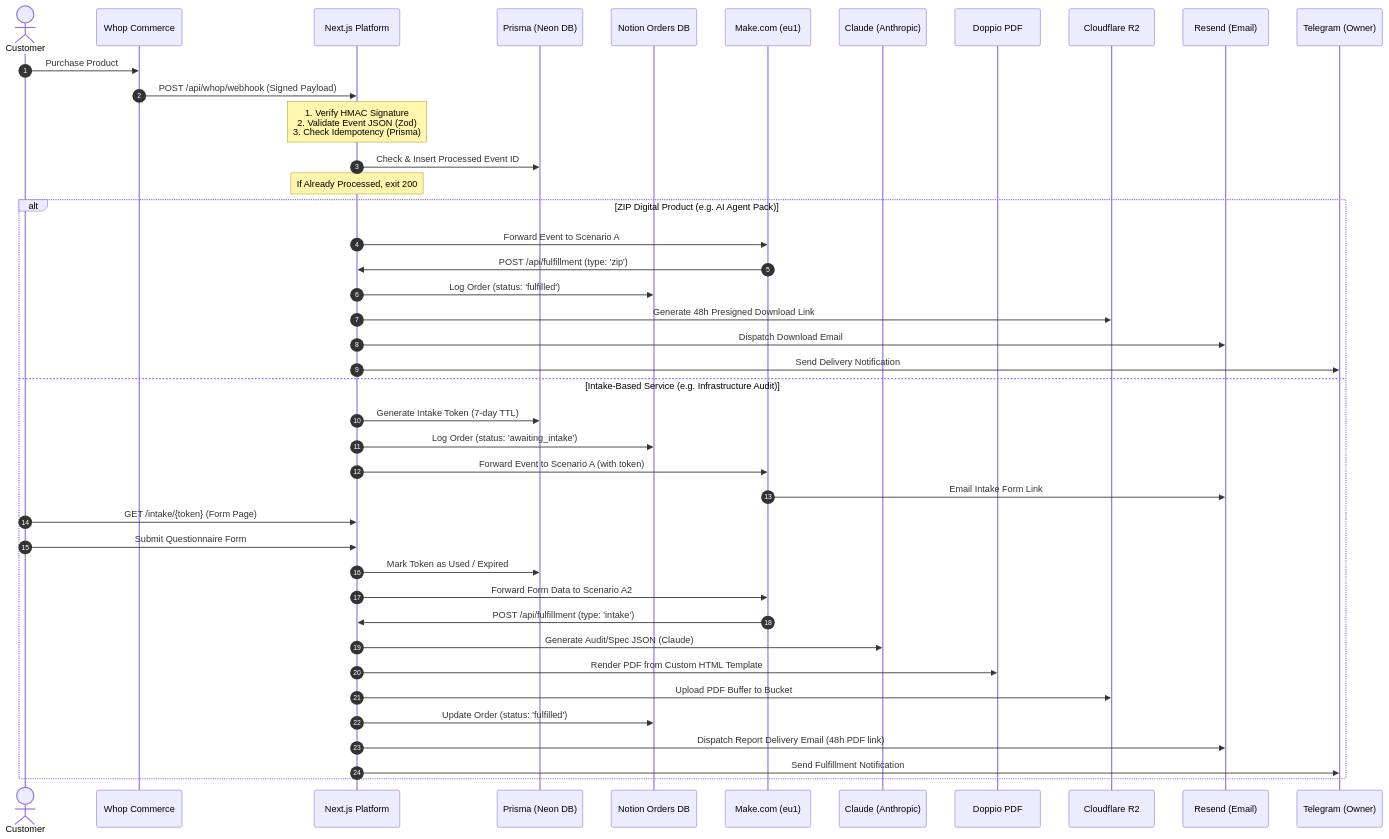
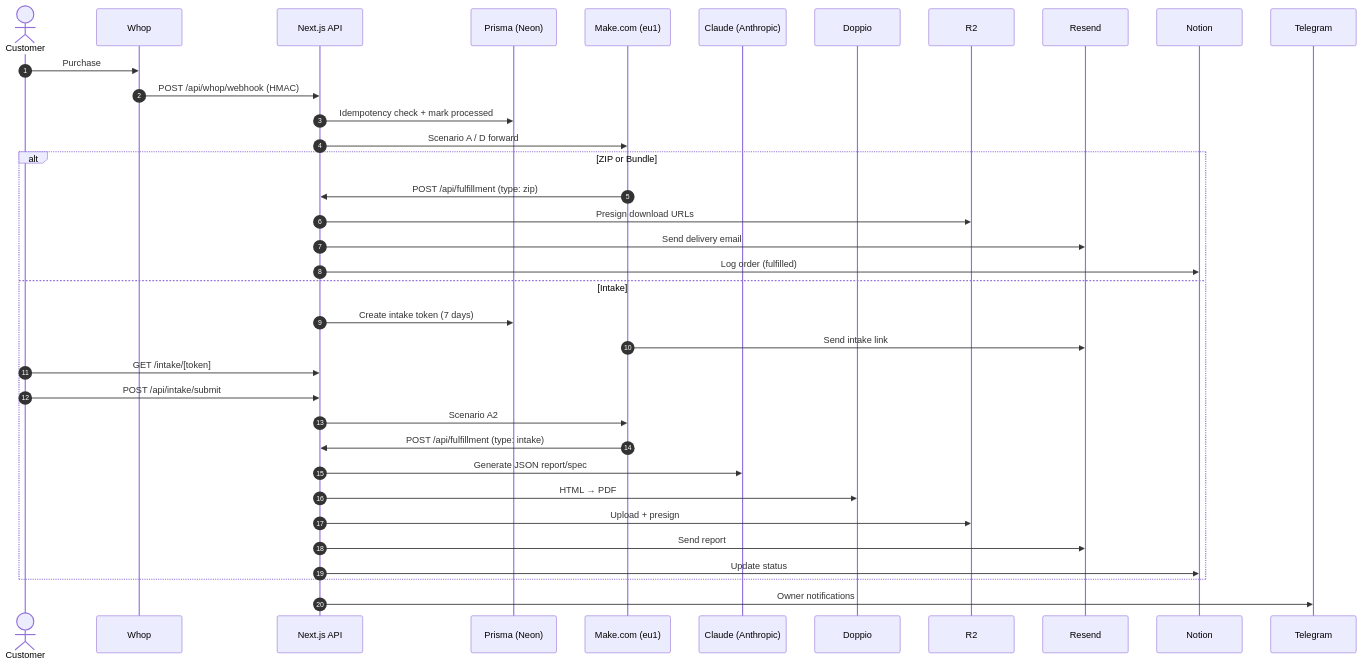
Before and after one commit to rihanaws/techsci-agency-platform: the diagram in docs/architecture.md, drawn with Mermaid. The commit also changed other lines of this file and 31 other files, not shown here.

````diff
--- a/docs/architecture.md
+++ b/docs/architecture.md
@@ -9,46 +23,41 @@
 ```mermaid
 sequenceDiagram
-    autonumber
-    actor Customer
-    participant Whop as Whop Commerce
-    participant App as Next.js Platform
-    participant DB as Prisma (Neon DB)
-    participant Notion as Notion Orders DB
-    participant Make as Make.com (eu1)
-    participant AI as Claude (Anthropic)
-    participant Doppio as Doppio PDF
-    participant R2 as Cloudflare R2
-    participant Resend as Resend (Email)
-    participant Telegram as Telegram (Owner)
+  autonumber
+  actor Customer
+  participant Whop
+  participant App as Next.js API
+  participant DB as Prisma (Neon)
+  participant Make as Make.com (eu1)
+  participant AI as Claude (Anthropic)
+  participant Doppio
+  participant R2
+  participant Resend
+  participant Notion
+  participant Telegram
 
-    Customer->>Whop: Purchase Product
-    Whop->>App: POST /api/whop/webhook (Signed Payload)
-    Note over App: 1. Verify HMAC Signature<br/>2. Validate Event JSON (Zod)<br/>3. Check Idempotency (Prisma)
-    App->>DB: Check & Insert Processed Event ID
-    Note over App: If Already Processed, exit 200
+  Customer->>Whop: Purchase
+  Whop->>App: POST /api/whop/webhook (HMAC)
+  App->>DB: Idempotency check + mark processed
+  App->>Make: Scenario A / D forward
 
-    alt ZIP Digital Product (e.g. AI Agent Pack)
-        App->>Make: Forward Event to Scenario A
-        Make->>App: POST /api/fulfillment (type: 'zip')
-        App->>Notion: Log Order (status: 'fulfilled')
-        App->>R2: Generate 48h Presigned Download Link
-        App->>Resend: Dispatch Download Email
-        App->>Telegram: Send Delivery Notification
-    else Intake-Based Service (e.g. Infrastructure Audit)
-        App->>DB: Generate Intake Token (7-day TTL)
-        App->>Notion: Log Order (status: 'awaiting_intake')
-        App->>Make: Forward Event to Scenario A (with token)
-        Make->>Resend: Email Intake Form Link
-        Customer->>App: GET /intake/{token} (Form Page)
-        Customer->>App: Submit Questionnaire Form
-        App->>DB: Mark Token as Used / Expired
-        App->>Make: Forward Form Data to Scenario A2
-        Make->>App: POST /api/fulfillment (type: 'intake')
-        App->>AI: Generate Audit/Spec JSON (Claude)
-        App->>Doppio: Render PDF from Custom HTML Template
-        App->>R2: Upload PDF Buffer to Bucket
-        App->>Notion: Update Order (status: 'fulfilled')
-        App->>Resend: Dispatch Report Delivery Email (48h PDF link)
-        App->>Telegram: Send Fulfillment Notification
-    end
+  alt ZIP or Bundle
+    Make->>App: POST /api/fulfillment (type: zip)
+    App->>R2: Presign download URLs
+    App->>Resend: Send delivery email
+    App->>Notion: Log order (fulfilled)
+  else Intake
+    App->>DB: Create intake token (7 days)
+    Make->>Resend: Send intake link
+    Customer->>App: GET /intake/[token]
+    Customer->>App: POST /api/intake/submit
+    App->>Make: Scenario A2
+    Make->>App: POST /api/fulfillment (type: intake)
+    App->>AI: Generate JSON report/spec
+    App->>Doppio: HTML → PDF
+    App->>R2: Upload + presign
+    App->>Resend: Send report
+    App->>Notion: Update status
+  end
+
+  App->>Telegram: Owner notifications
 ```
````
